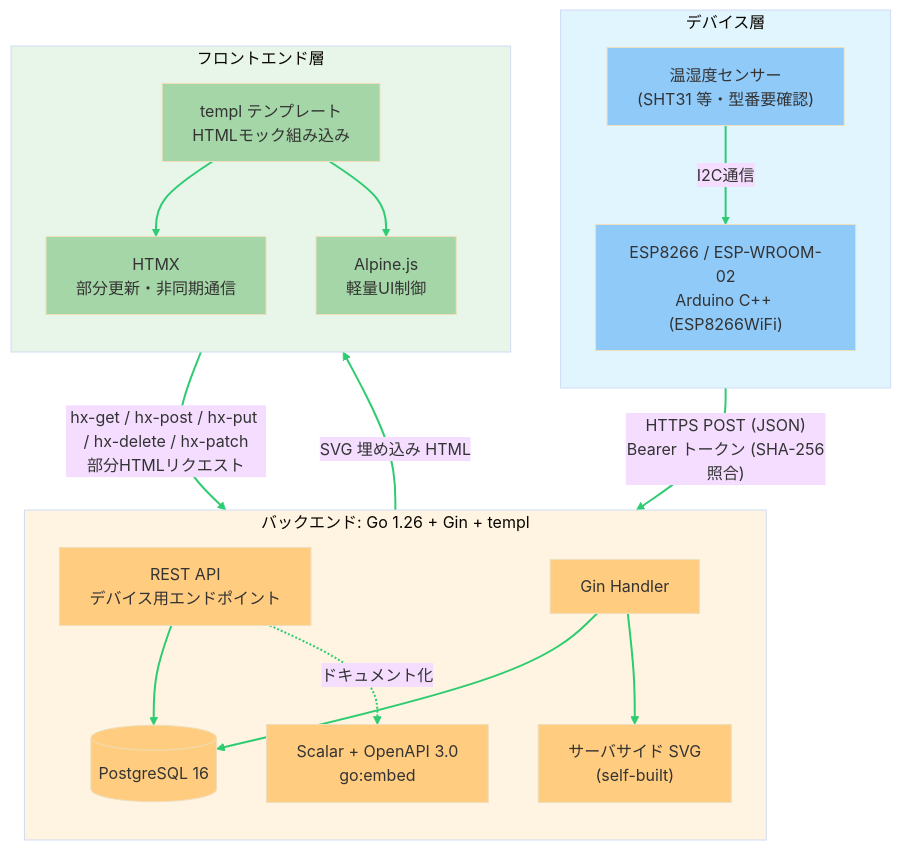
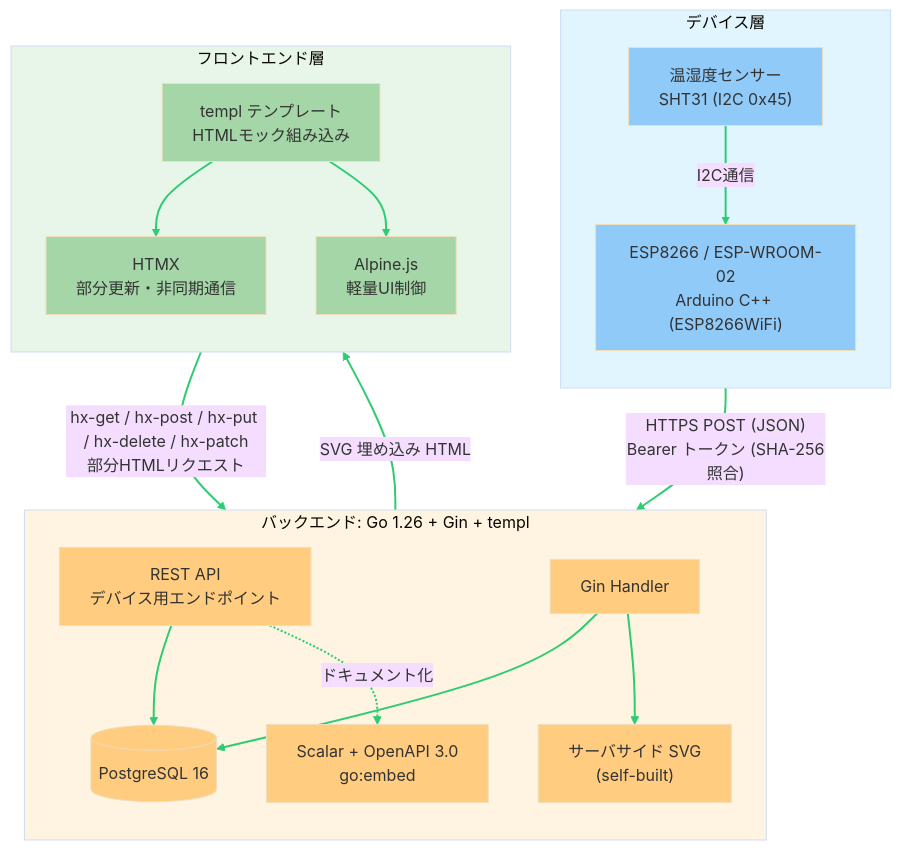
One commit to HiroshiKawano/go_iot changed the diagram in 2cc_sdd/システム構成図.md. Above: the diagram before and after it, drawn with Mermaid (base theme). The commit also changed other lines of this file and 4 other files, not shown here.

````diff
--- a/2cc_sdd/システム構成図.md
+++ b/2cc_sdd/システム構成図.md
@@ -35,51 +35,51 @@
 ```mermaid
 graph TB
     subgraph Device["デバイス層"]
         direction TB
-        SHT["温湿度センサー<br/>(SHT31 等・型番要確認)"]
+        SHT["温湿度センサー<br/>SHT31 (I2C 0x45)"]
         ESP["ESP8266 / ESP-WROOM-02<br/>Arduino C++ (ESP8266WiFi)"]
         SHT -->|I2C通信| ESP
     end
 
     subgraph Backend["バックエンド: Go 1.26 + Gin + templ"]
         direction TB
         API["REST API<br/>デバイス用エンドポイント"]
         HDLR["Gin Handler"]
         SCALAR["Scalar + OpenAPI 3.0<br/>go:embed"]
         CHART["サーバサイド SVG<br/>(self-built)"]
         DB[(PostgreSQL 16)]
         API --> DB
         HDLR --> DB
         HDLR --> CHART
         API -.ドキュメント化.-> SCALAR
     end
 
     subgraph Frontend["フロントエンド層"]
         direction TB
         TEMPL["templ テンプレート<br/>HTMLモック組み込み"]
         HTMX["HTMX<br/>部分更新・非同期通信"]
         ALPINE["Alpine.js<br/>軽量UI制御"]
         TEMPL --> HTMX
         TEMPL --> ALPINE
     end
 
     ESP   -->|"HTTPS POST (JSON)<br/>Bearer トークン (SHA-256照合)"| API
     CHART -->|"SVG 埋め込み HTML"| TEMPL
     HTMX  -->|"hx-get / hx-post / hx-put / hx-delete / hx-patch<br/>部分HTMLリクエスト"| HDLR
 
     style Device fill:#e1f5ff
     style Backend fill:#fff4e1
     style Frontend fill:#e8f5e9
     style ESP fill:#90caf9
     style SHT fill:#90caf9
     style API fill:#ffcc80
     style HDLR fill:#ffcc80
     style DB fill:#ffcc80
     style CHART fill:#ffcc80
     style SCALAR fill:#ffcc80
     style TEMPL fill:#a5d6a7
     style HTMX fill:#a5d6a7
     style ALPINE fill:#a5d6a7
 
     linkStyle 0,1,2,3,4,5,6,7,8,9 stroke:#2ecc71,stroke-width:2px
 ```
````
